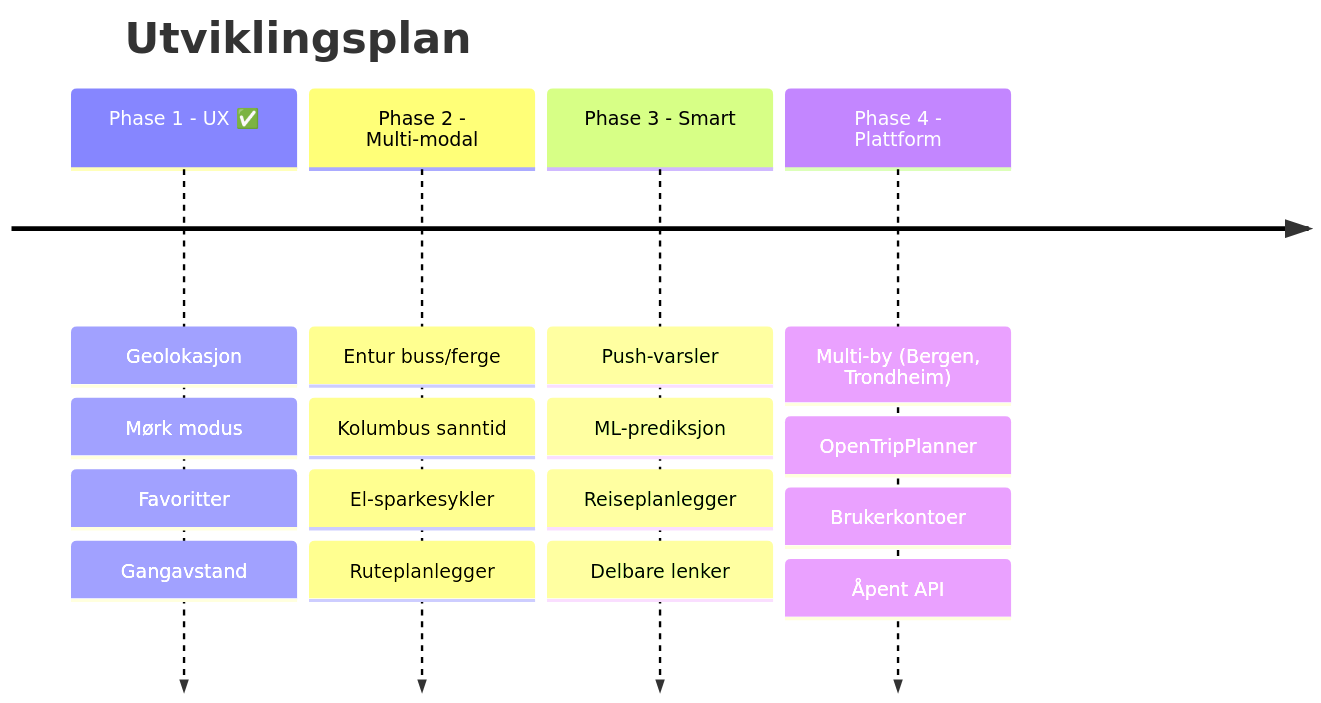
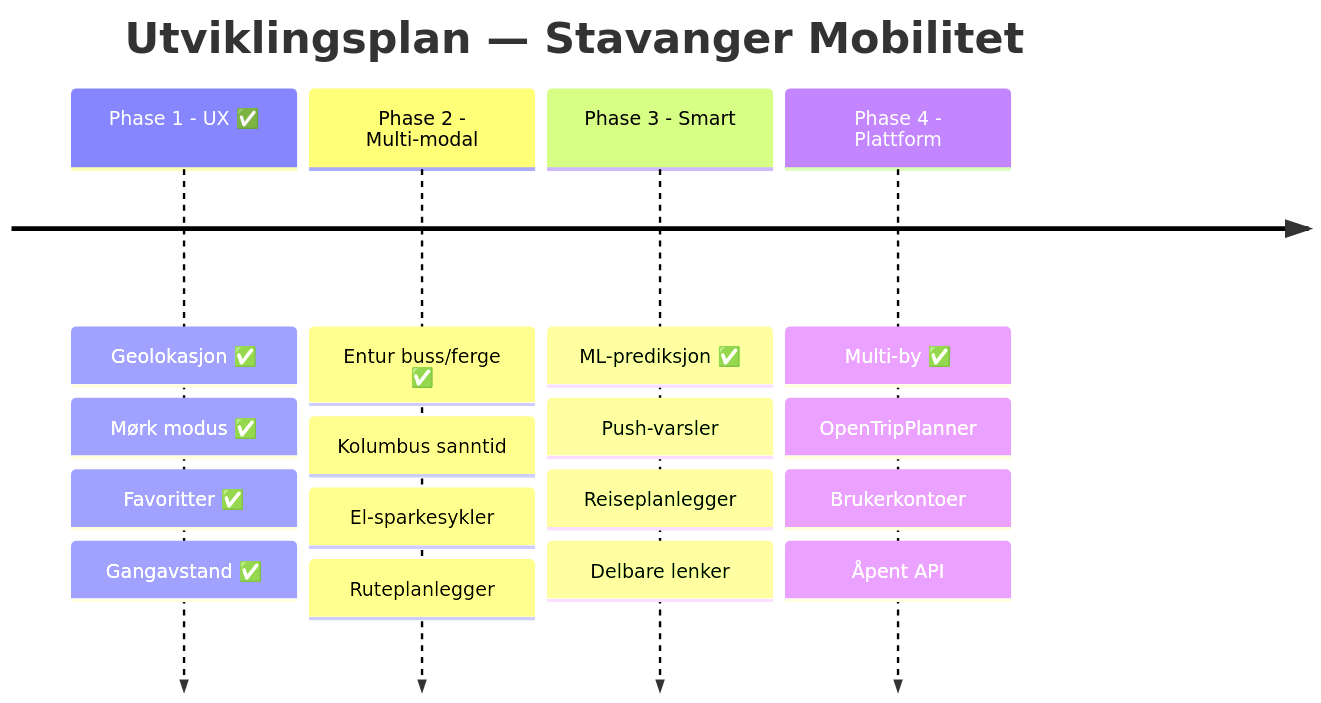
Before and after one commit to Bouvet-deler/aihack-team8: the diagram in docs/slides.md, drawn with Mermaid. The commit also changed other lines of this file, not shown here.

````diff
--- a/docs/slides.md
+++ b/docs/slides.md
@@ -289,20 +328,20 @@
 ```mermaid
 timeline
-    title Utviklingsplan
-    Phase 1 - UX ✅ : Geolokasjon
-                    : Mørk modus
-                    : Favoritter
-                    : Gangavstand
-    Phase 2 - Multi-modal : Entur buss/ferge
+    title Utviklingsplan — Stavanger Mobilitet
+    Phase 1 - UX ✅ : Geolokasjon ✅
+                    : Mørk modus ✅
+                    : Favoritter ✅
+                    : Gangavstand ✅
+    Phase 2 - Multi-modal : Entur buss/ferge ✅
                            : Kolumbus sanntid
                            : El-sparkesykler
                            : Ruteplanlegger
-    Phase 3 - Smart : Push-varsler
-                    : ML-prediksjon
+    Phase 3 - Smart : ML-prediksjon ✅
+                    : Push-varsler
                     : Reiseplanlegger
                     : Delbare lenker
-    Phase 4 - Plattform : Multi-by (Bergen, Trondheim)
+    Phase 4 - Plattform : Multi-by ✅
                         : OpenTripPlanner
                         : Brukerkontoer
                         : Åpent API
 ```
````
